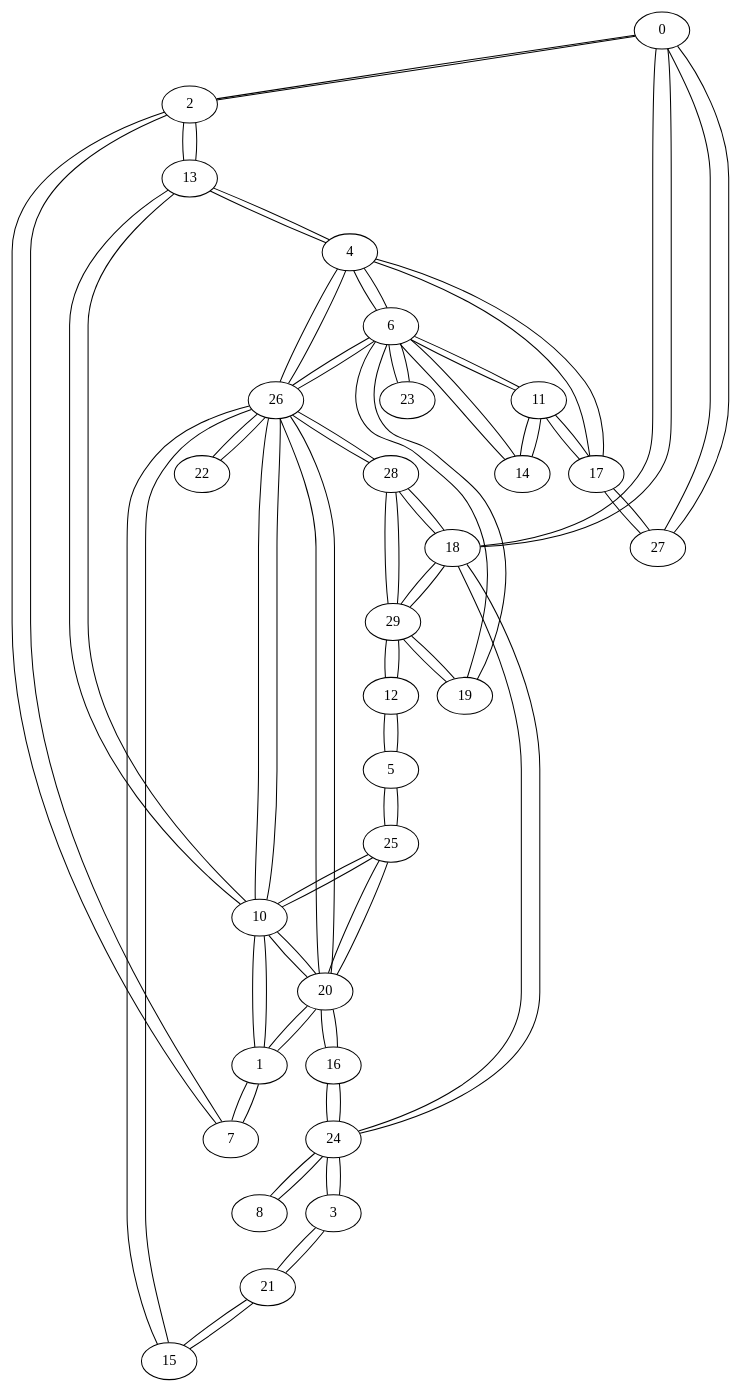
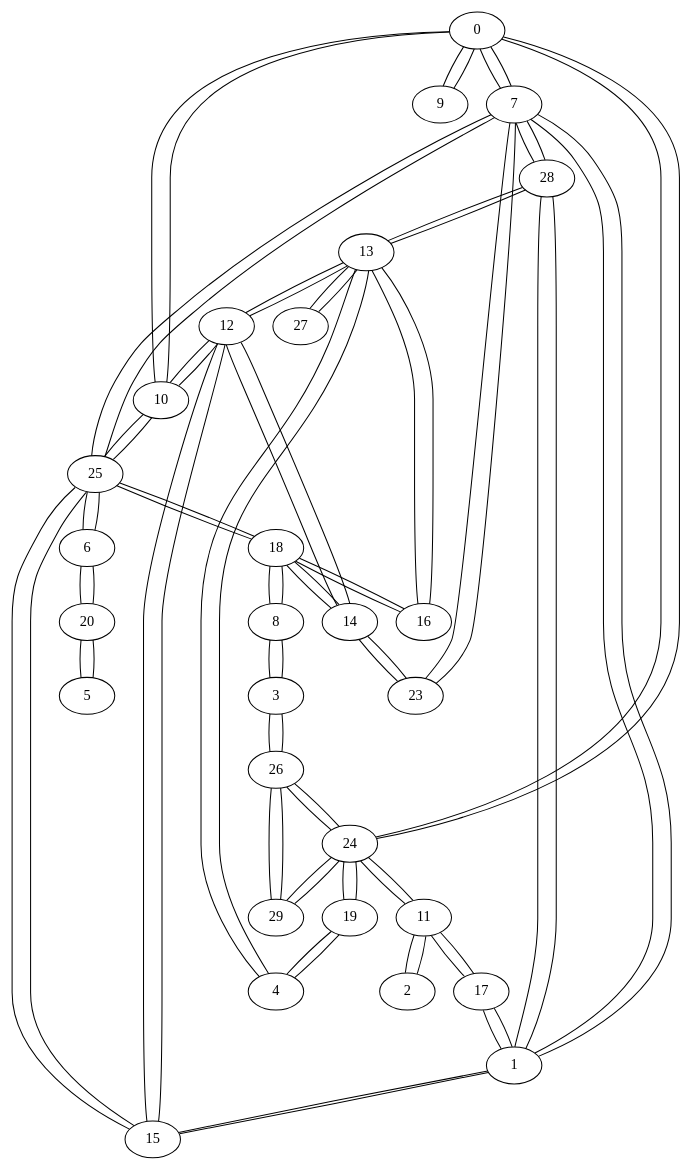
The diagram in grafo_geo30.gv (GusRojas/Grafos2DAA_A24), drawn with Graphviz before and after one commit. The commit also changed 12 other files, not shown here.

```diff
--- a/grafo_geo30.gv
+++ b/grafo_geo30.gv
@@ -1,88 +1,80 @@
 graph {
-  0 -- 2;
-  0 -- 18;
-  0 -- 27;
-  2 -- 0;
-  2 -- 7;
-  2 -- 13;
-  18 -- 0;
-  18 -- 24;
-  18 -- 28;
-  18 -- 29;
-  27 -- 0;
-  27 -- 17;
+  0 -- 7;
+  0 -- 9;
+  0 -- 10;
+  0 -- 24;
+  7 -- 0;
+  7 -- 1;
+  7 -- 23;
+  7 -- 25;
+  7 -- 28;
+  9 -- 0;
+  10 -- 0;
+  10 -- 12;
+  10 -- 25;
+  24 -- 0;
+  24 -- 11;
+  24 -- 19;
+  24 -- 26;
+  24 -- 29;
   1 -- 7;
-  1 -- 10;
-  1 -- 20;
-  7 -- 1;
-  7 -- 2;
-  10 -- 1;
-  10 -- 13;
-  10 -- 20;
-  10 -- 25;
-  10 -- 26;
-  20 -- 1;
-  20 -- 10;
-  20 -- 16;
-  20 -- 25;
-  20 -- 26;
-  13 -- 2;
+  1 -- 15;
+  1 -- 17;
+  1 -- 28;
+  15 -- 1;
+  15 -- 12;
+  15 -- 25;
+  17 -- 1;
+  17 -- 11;
+  28 -- 1;
+  28 -- 7;
+  28 -- 13;
+  2 -- 11;
+  11 -- 2;
+  11 -- 17;
+  11 -- 24;
+  3 -- 8;
+  3 -- 26;
+  8 -- 3;
+  8 -- 18;
+  26 -- 3;
+  26 -- 24;
+  26 -- 29;
+  4 -- 13;
+  4 -- 19;
   13 -- 4;
-  13 -- 10;
-  3 -- 21;
-  3 -- 24;
-  21 -- 3;
-  21 -- 15;
-  24 -- 3;
-  24 -- 8;
-  24 -- 16;
-  24 -- 18;
-  4 -- 6;
-  4 -- 13;
-  4 -- 17;
-  4 -- 26;
-  6 -- 4;
-  6 -- 11;
-  6 -- 14;
-  6 -- 19;
-  6 -- 23;
-  6 -- 26;
-  17 -- 4;
-  17 -- 11;
-  17 -- 27;
-  26 -- 4;
-  26 -- 6;
-  26 -- 10;
-  26 -- 15;
-  26 -- 20;
-  26 -- 22;
-  26 -- 28;
-  5 -- 12;
-  5 -- 25;
-  12 -- 5;
-  12 -- 29;
-  25 -- 5;
+  13 -- 12;
+  13 -- 16;
+  13 -- 27;
+  13 -- 28;
+  19 -- 4;
+  19 -- 24;
+  5 -- 20;
+  20 -- 5;
+  20 -- 6;
+  6 -- 20;
+  6 -- 25;
+  25 -- 6;
+  25 -- 7;
   25 -- 10;
-  25 -- 20;
-  11 -- 6;
-  11 -- 14;
-  11 -- 17;
-  14 -- 6;
-  14 -- 11;
-  19 -- 6;
-  19 -- 29;
-  23 -- 6;
-  8 -- 24;
-  29 -- 12;
-  29 -- 18;
-  29 -- 19;
-  29 -- 28;
-  15 -- 21;
-  15 -- 26;
-  16 -- 20;
-  16 -- 24;
-  28 -- 18;
-  28 -- 26;
-  28 -- 29;
-  22 -- 26;
+  25 -- 15;
+  25 -- 18;
+  23 -- 7;
+  23 -- 14;
+  18 -- 8;
+  18 -- 14;
+  18 -- 16;
+  18 -- 25;
+  12 -- 10;
+  12 -- 13;
+  12 -- 14;
+  12 -- 15;
+  14 -- 12;
+  14 -- 18;
+  14 -- 23;
+  16 -- 13;
+  16 -- 18;
+  27 -- 13;
+  29 -- 24;
+  29 -- 26;
 }
```
